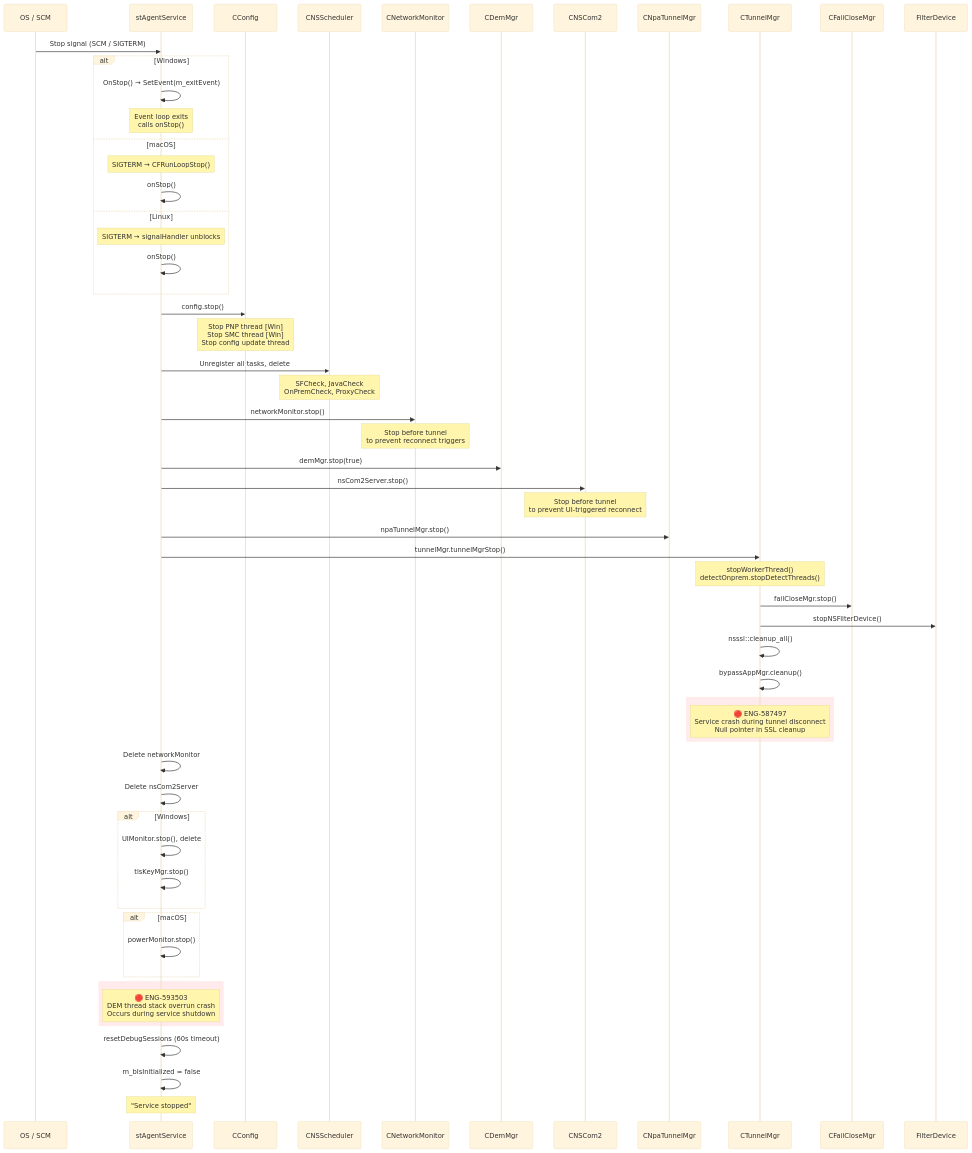
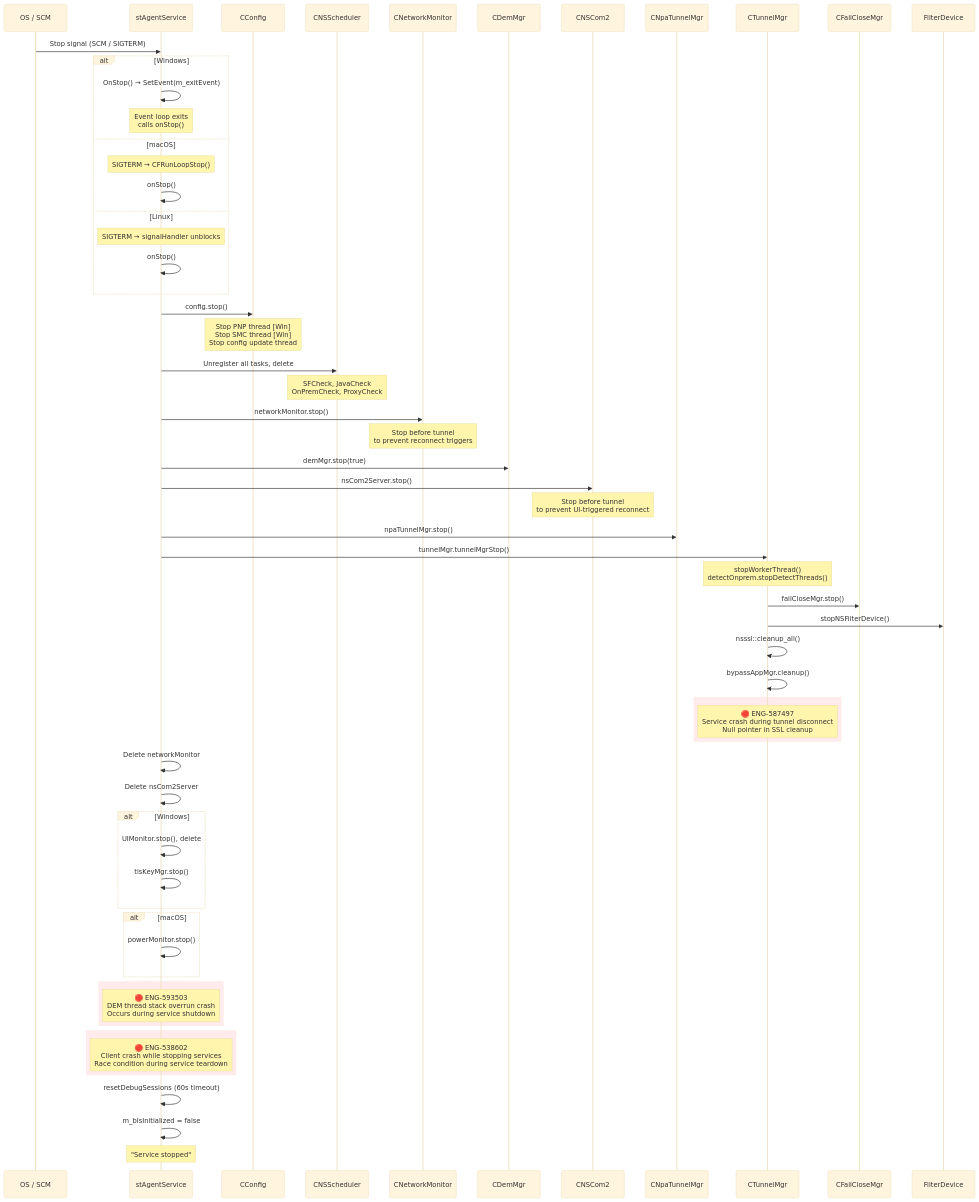
Before and after one commit to ns-klin/endpoint_system_test_plan: the ninth of 15 diagrams in chapters/03_service_lifecycle.md, drawn with Mermaid (base theme). The commit also changed other lines of this file and 26 other files, not shown here.

First line of the commit message:
Add 87 bugs from Excel enrichment and integrate into mermaid diagrams

````diff
--- a/chapters/03_service_lifecycle.md
+++ b/chapters/03_service_lifecycle.md
@@ -397,74 +409,78 @@
 ```mermaid
 sequenceDiagram
     participant OS as OS / SCM
     participant SVC as stAgentService
     participant CFG as CConfig
     participant SCHED as CNSScheduler
     participant NET as CNetworkMonitor
     participant DEM as CDemMgr
     participant COM as CNSCom2
     participant NPA as CNpaTunnelMgr
     participant TUN as CTunnelMgr
     participant FC as CFailCloseMgr
     participant FD as FilterDevice
 
     OS->>SVC: Stop signal (SCM / SIGTERM)
 
     alt Windows
         SVC->>SVC: OnStop() → SetEvent(m_exitEvent)
         Note over SVC: Event loop exits<br/>calls onStop()
     else macOS
         Note over SVC: SIGTERM → CFRunLoopStop()
         SVC->>SVC: onStop()
     else Linux
         Note over SVC: SIGTERM → signalHandler unblocks
         SVC->>SVC: onStop()
     end
 
     SVC->>CFG: config.stop()
     Note over CFG: Stop PNP thread [Win]<br/>Stop SMC thread [Win]<br/>Stop config update thread
 
     SVC->>SCHED: Unregister all tasks, delete
     Note over SCHED: SFCheck, JavaCheck<br/>OnPremCheck, ProxyCheck
 
     SVC->>NET: networkMonitor.stop()
     Note over NET: Stop before tunnel<br/>to prevent reconnect triggers
 
     SVC->>DEM: demMgr.stop(true)
 
     SVC->>COM: nsCom2Server.stop()
     Note over COM: Stop before tunnel<br/>to prevent UI-triggered reconnect
 
     SVC->>NPA: npaTunnelMgr.stop()
     SVC->>TUN: tunnelMgr.tunnelMgrStop()
     Note over TUN: stopWorkerThread()<br/>detectOnprem.stopDetectThreads()
 
     TUN->>FC: failCloseMgr.stop()
     TUN->>FD: stopNSFilterDevice()
     TUN->>TUN: nsssl::cleanup_all()
     TUN->>TUN: bypassAppMgr.cleanup()
 
     rect rgb(255, 235, 235)
         Note over TUN: 🔴 ENG-587497<br/>Service crash during tunnel disconnect<br/>Null pointer in SSL cleanup
     end
 
     SVC->>SVC: Delete networkMonitor
     SVC->>SVC: Delete nsCom2Server
 
     alt Windows
         SVC->>SVC: UIMonitor.stop(), delete
         SVC->>SVC: tlsKeyMgr.stop()
     end
 
     alt macOS
         SVC->>SVC: powerMonitor.stop()
     end
 
     rect rgb(255, 235, 235)
         Note over SVC: 🔴 ENG-593503<br/>DEM thread stack overrun crash<br/>Occurs during service shutdown
     end
 
+    rect rgb(255, 235, 235)
+        Note over SVC: 🔴 ENG-538602<br/>Client crash while stopping services<br/>Race condition during service teardown
+    end
+
     SVC->>SVC: resetDebugSessions (60s timeout)
     SVC->>SVC: m_bIsInitialized = false
     Note over SVC: "Service stopped"
 ```
````
